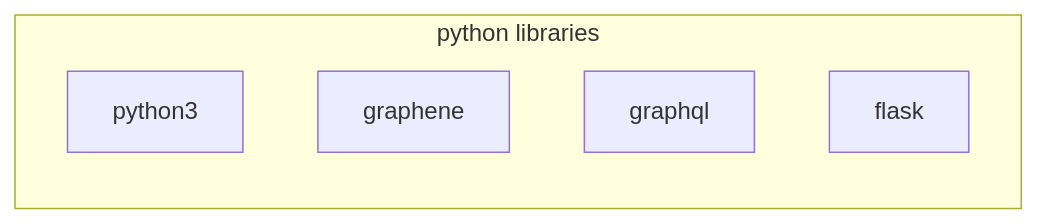
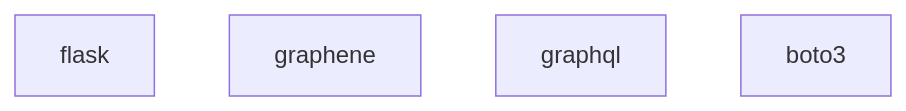
The second of 3 diagrams in docs/architecture/common_infrastructure.md (GNS-Science/nzshm-documentation), drawn with Mermaid before and after one commit. The commit also changed other lines of this file and 9 other files, not shown here.

````diff
--- a/docs/architecture/common_infrastructure.md
+++ b/docs/architecture/common_infrastructure.md
@@ -25,9 +24,7 @@
 ```mermaid
-graph LR
-    subgraph P[python libraries]
-        python3
-        graphene
-        graphql
-        flask
-    end
+graph
+   flask
+   graphene
+   graphql
+   boto3
 ```
````
